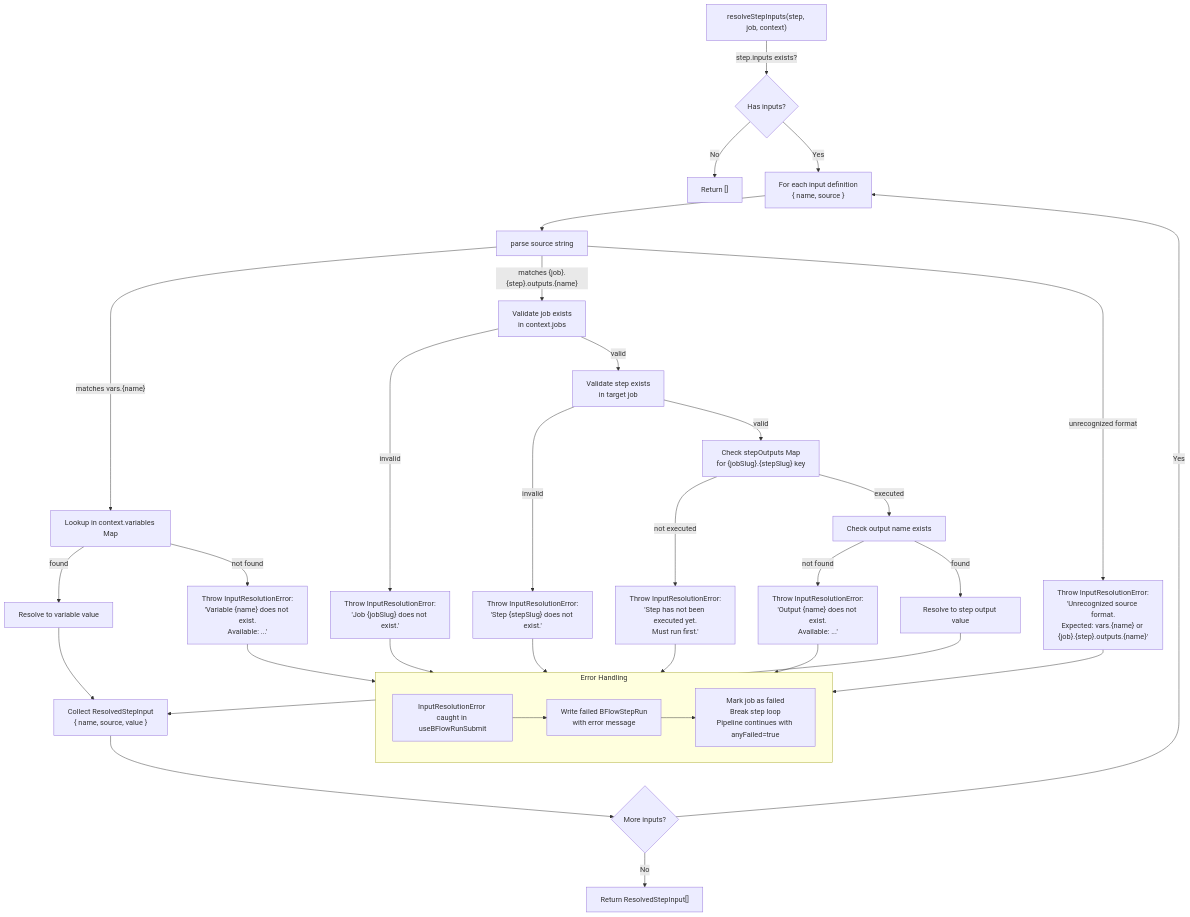
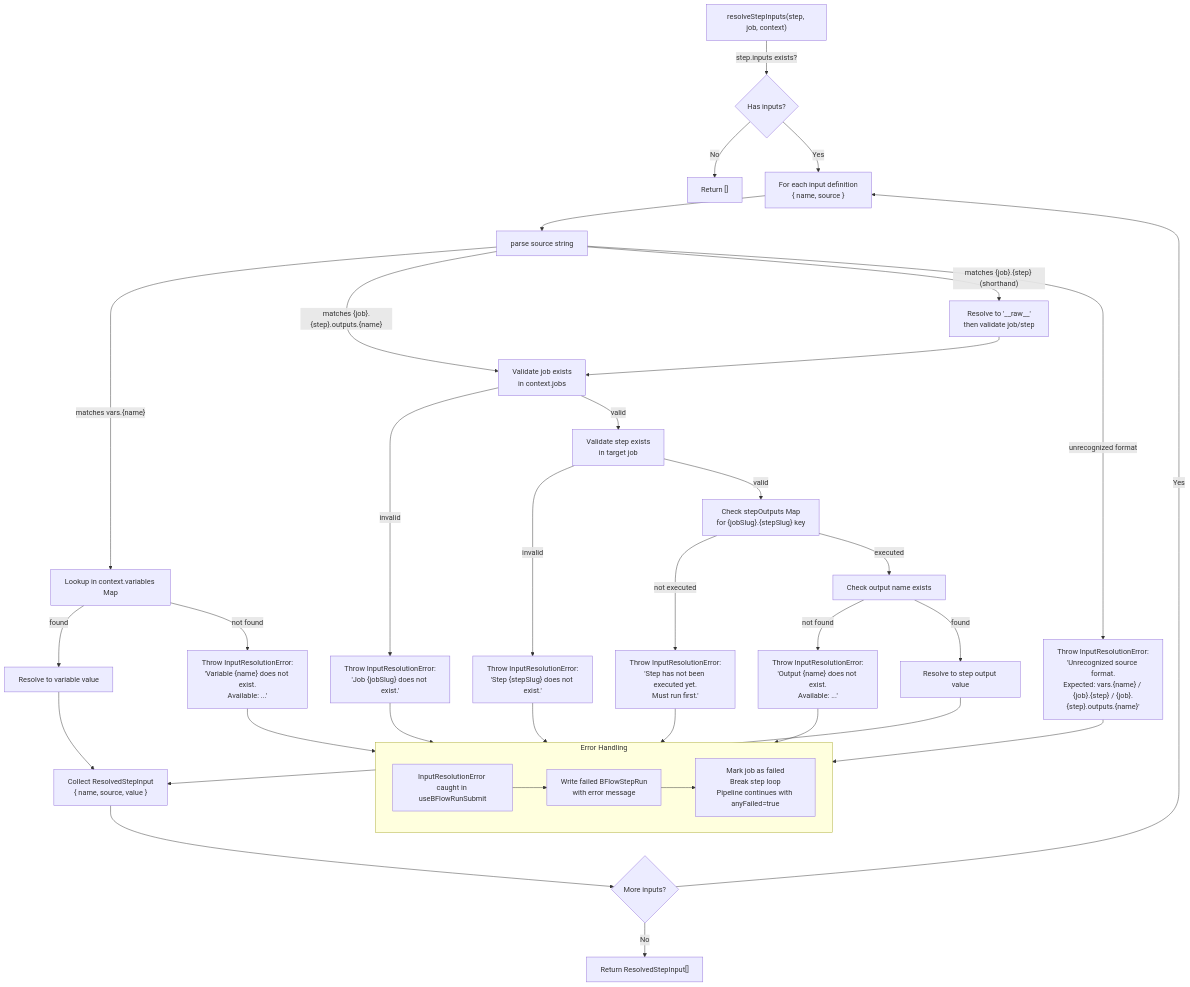
The fifth of 9 diagrams in src/modules/bunny-flow/docs/BFlowRun-Execution-Flowchart.md (Sailosoft/korevel-xenon), drawn with Mermaid before and after one commit. The commit also changed other lines of this file and 4 other files, not shown here.

````diff
--- a/src/modules/bunny-flow/docs/BFlowRun-Execution-Flowchart.md
+++ b/src/modules/bunny-flow/docs/BFlowRun-Execution-Flowchart.md
@@ -148,43 +148,46 @@
 ```mermaid
 flowchart TD
     RESOLVE["resolveStepInputs(step, job, context)"] -->|"step.inputs exists?"| CHECK_INPUTS{"Has inputs?"}
     CHECK_INPUTS -->|"No"| EMPTY_RESULT["Return []"]
     CHECK_INPUTS -->|"Yes"| LOOP_INPUTS["For each input definition<br/>{ name, source }"]
 
     LOOP_INPUTS --> PARSE_SOURCE["parse source string"]
 
     PARSE_SOURCE -->|"matches vars.{name}"| LOOKUP_VAR["Lookup in context.variables Map"]
     LOOKUP_VAR -->|"found"| ASSIGN_VAR["Resolve to variable value"]
     LOOKUP_VAR -->|"not found"| THROW_VAR_ERR["Throw InputResolutionError:<br/>'Variable {name} does not exist.<br/>Available: ...'"]
 
     PARSE_SOURCE -->|"matches {job}.{step}.outputs.{name}"| VALIDATE_JOB["Validate job exists<br/>in context.jobs"]
+    PARSE_SOURCE -->|"matches {job}.{step} (shorthand)"| SHORTHAND_RESOLVE["Resolve to '__raw__'<br/>then validate job/step"]
+
+    SHORTHAND_RESOLVE --> VALIDATE_JOB
     VALIDATE_JOB -->|"invalid"| THROW_JOB_ERR["Throw InputResolutionError:<br/>'Job {jobSlug} does not exist.'"]
     VALIDATE_JOB -->|"valid"| VALIDATE_STEP["Validate step exists<br/>in target job"]
     VALIDATE_STEP -->|"invalid"| THROW_STEP_ERR["Throw InputResolutionError:<br/>'Step {stepSlug} does not exist.'"]
     VALIDATE_STEP -->|"valid"| CHECK_EXECUTED["Check stepOutputs Map<br/>for {jobSlug}.{stepSlug} key"]
     CHECK_EXECUTED -->|"not executed"| THROW_ORDER_ERR["Throw InputResolutionError:<br/>'Step has not been executed yet.<br/>Must run first.'"]
     CHECK_EXECUTED -->|"executed"| CHECK_OUTPUT["Check output name exists"]
     CHECK_OUTPUT -->|"not found"| THROW_OUTPUT_ERR["Throw InputResolutionError:<br/>'Output {name} does not exist.<br/>Available: ...'"]
     CHECK_OUTPUT -->|"found"| ASSIGN_OUTPUT["Resolve to step output value"]
 
-    PARSE_SOURCE -->|"unrecognized format"| THROW_FORMAT_ERR["Throw InputResolutionError:<br/>'Unrecognized source format.<br/>Expected: vars.{name} or {job}.{step}.outputs.{name}'"]
+    PARSE_SOURCE -->|"unrecognized format"| THROW_FORMAT_ERR["Throw InputResolutionError:<br/>'Unrecognized source format.<br/>Expected: vars.{name} / {job}.{step} / {job}.{step}.outputs.{name}'"]
 
     ASSIGN_VAR --> COLLECT_RESULT["Collect ResolvedStepInput<br/>{ name, source, value }"]
     ASSIGN_OUTPUT --> COLLECT_RESULT
     THROW_VAR_ERR --> ERROR_PATH
     THROW_JOB_ERR --> ERROR_PATH
     THROW_STEP_ERR --> ERROR_PATH
     THROW_ORDER_ERR --> ERROR_PATH
     THROW_OUTPUT_ERR --> ERROR_PATH
     THROW_FORMAT_ERR --> ERROR_PATH
 
     subgraph ERROR_PATH ["Error Handling"]
         ERR_MSG["InputResolutionError caught in useBFlowRunSubmit"]
         ERR_MSG --> WRITE_FAILED_STEP["Write failed BFlowStepRun<br/>with error message"]
         WRITE_FAILED_STEP --> MARK_FAILURE["Mark job as failed<br/>Break step loop<br/>Pipeline continues with anyFailed=true"]
     end
 
     COLLECT_RESULT --> MORE_INPUTS{"More inputs?"}
     MORE_INPUTS -->|"Yes"| LOOP_INPUTS
     MORE_INPUTS -->|"No"| RETURN_ALL["Return ResolvedStepInput[]"]
 ```
````
